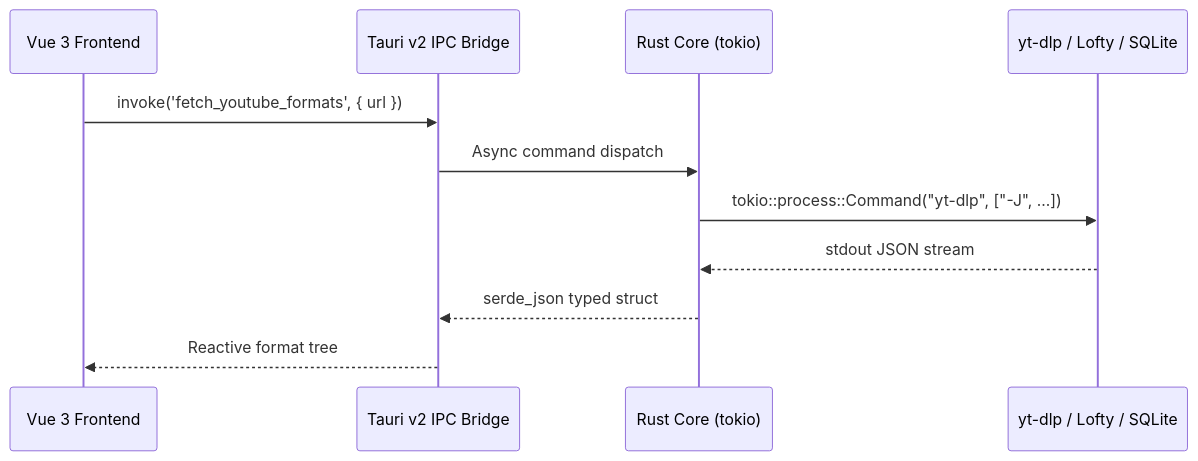
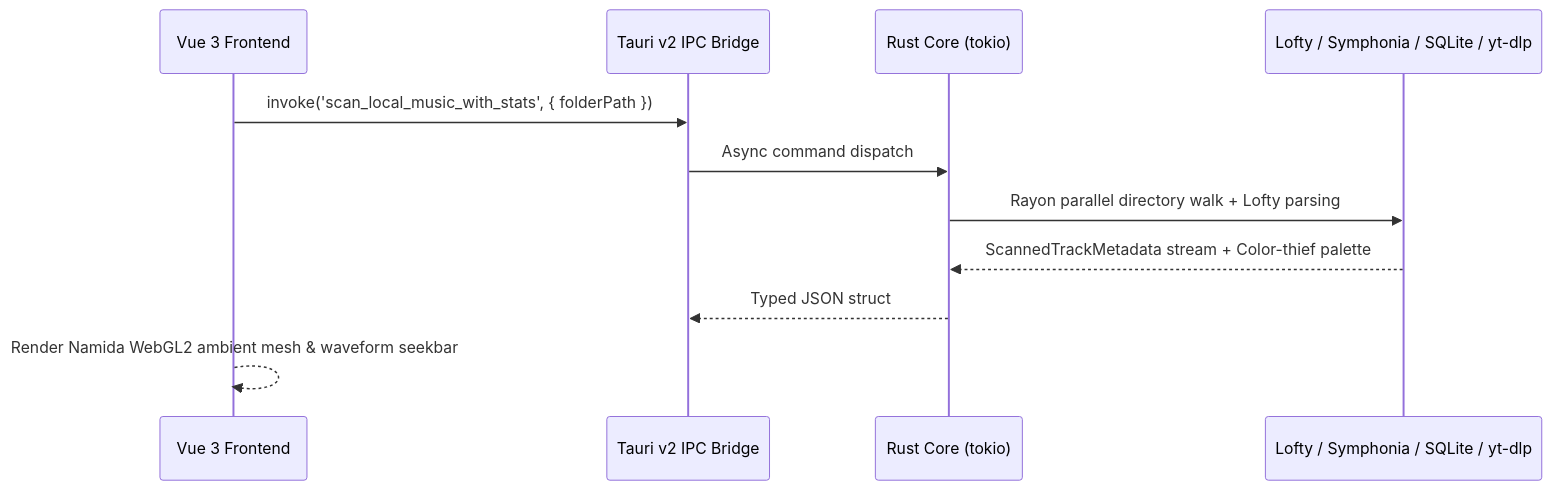
One commit to Mostakim2005/music-manager-rust-port changed the second of 3 diagrams in docs/ARCHITECTURE.md. Above: the diagram before and after it, drawn with Mermaid. The commit also changed other lines of this file and 15 other files, not shown here.

````diff
--- a/docs/ARCHITECTURE.md
+++ b/docs/ARCHITECTURE.md
@@ -63,13 +63,13 @@
 ```mermaid
 sequenceDiagram
     participant UI as Vue 3 Frontend
     participant IPC as Tauri v2 IPC Bridge
     participant RUST as Rust Core (tokio)
-    participant EXT as yt-dlp / Lofty / SQLite
-    UI->>IPC: invoke('fetch_youtube_formats', { url })
+    participant EXT as Lofty / Symphonia / SQLite / yt-dlp
+    UI->>IPC: invoke('scan_local_music_with_stats', { folderPath })
     IPC->>RUST: Async command dispatch
-    RUST->>EXT: tokio::process::Command("yt-dlp", ["-J", ...])
-    EXT-->>RUST: stdout JSON stream
-    RUST-->>IPC: serde_json typed struct
-    IPC-->>UI: Reactive format tree
+    RUST->>EXT: Rayon parallel directory walk + Lofty parsing
+    EXT-->>RUST: ScannedTrackMetadata stream + Color-thief palette
+    RUST-->>IPC: Typed JSON struct
+    UI-->>UI: Render Namida WebGL2 ambient mesh & waveform seekbar
 ```
````
